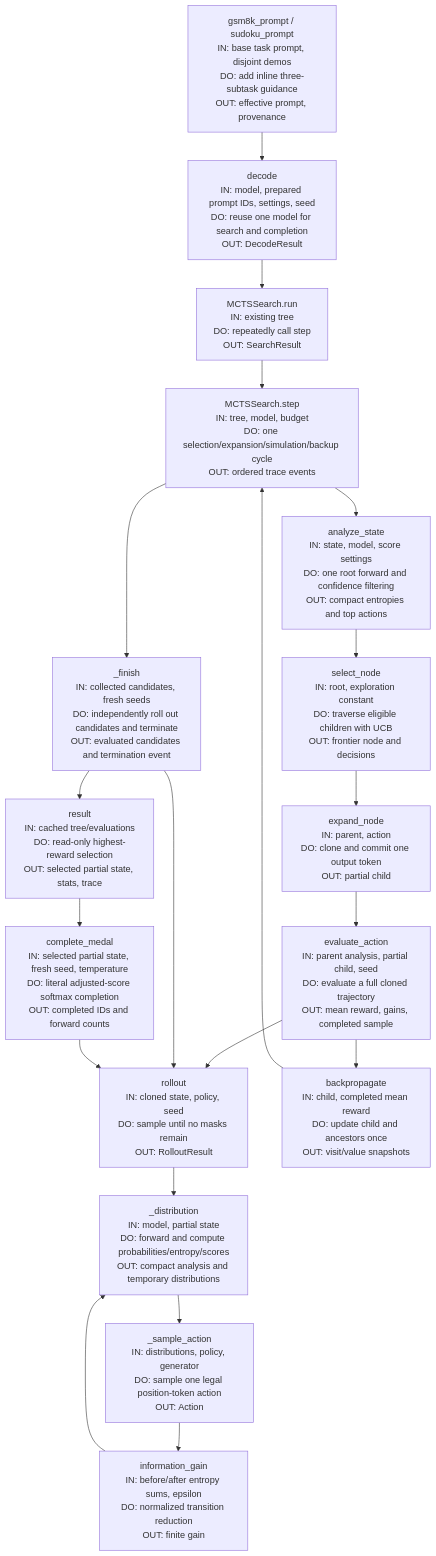
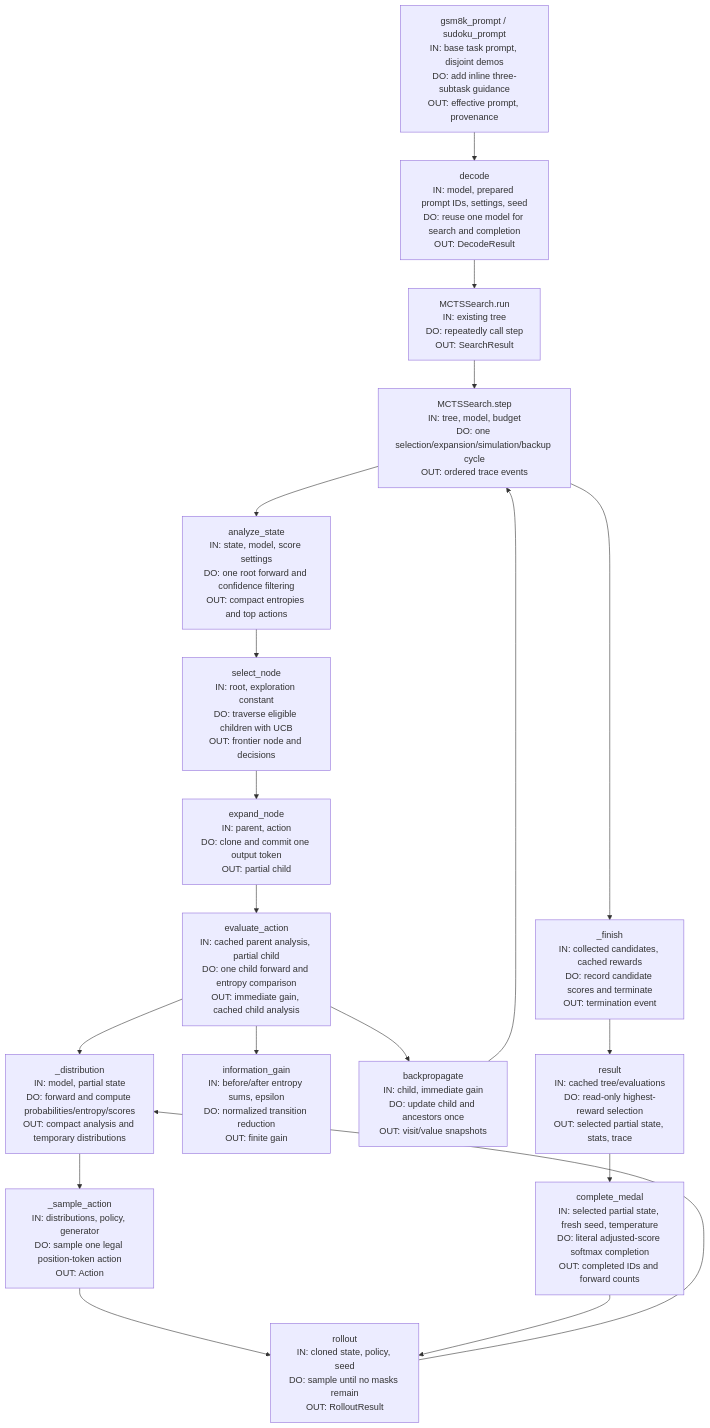
The diagram in docs/mcts_walkthrough.md (CooL-Legend/CSCI544-DLM), drawn with Mermaid before and after one commit. The commit also changed other lines of this file and 22 other files, not shown here.

````diff
--- a/docs/mcts_walkthrough.md
+++ b/docs/mcts_walkthrough.md
@@ -25,26 +25,27 @@
 ```mermaid
 flowchart TD
     P["gsm8k_prompt / sudoku_prompt<br/>IN: base task prompt, disjoint demos<br/>DO: add inline three-subtask guidance<br/>OUT: effective prompt, provenance"]
     D["decode<br/>IN: model, prepared prompt IDs, settings, seed<br/>DO: reuse one model for search and completion<br/>OUT: DecodeResult"]
     R["MCTSSearch.run<br/>IN: existing tree<br/>DO: repeatedly call step<br/>OUT: SearchResult"]
     S["MCTSSearch.step<br/>IN: tree, model, budget<br/>DO: one selection/expansion/simulation/backup cycle<br/>OUT: ordered trace events"]
     A["analyze_state<br/>IN: state, model, score settings<br/>DO: one root forward and confidence filtering<br/>OUT: compact entropies and top actions"]
     U["select_node<br/>IN: root, exploration constant<br/>DO: traverse eligible children with UCB<br/>OUT: frontier node and decisions"]
     E["expand_node<br/>IN: parent, action<br/>DO: clone and commit one output token<br/>OUT: partial child"]
-    V["evaluate_action<br/>IN: parent analysis, partial child, seed<br/>DO: evaluate a full cloned trajectory<br/>OUT: mean reward, gains, completed sample"]
+    V["evaluate_action<br/>IN: cached parent analysis, partial child<br/>DO: one child forward and entropy comparison<br/>OUT: immediate gain, cached child analysis"]
     L["rollout<br/>IN: cloned state, policy, seed<br/>DO: sample until no masks remain<br/>OUT: RolloutResult"]
     F["_distribution<br/>IN: model, partial state<br/>DO: forward and compute probabilities/entropy/scores<br/>OUT: compact analysis and temporary distributions"]
     T["_sample_action<br/>IN: distributions, policy, generator<br/>DO: sample one legal position-token action<br/>OUT: Action"]
     G["information_gain<br/>IN: before/after entropy sums, epsilon<br/>DO: normalized transition reduction<br/>OUT: finite gain"]
-    B["backpropagate<br/>IN: child, completed mean reward<br/>DO: update child and ancestors once<br/>OUT: visit/value snapshots"]
-    C["_finish<br/>IN: collected candidates, fresh seeds<br/>DO: independently roll out candidates and terminate<br/>OUT: evaluated candidates and termination event"]
+    B["backpropagate<br/>IN: child, immediate gain<br/>DO: update child and ancestors once<br/>OUT: visit/value snapshots"]
+    C["_finish<br/>IN: collected candidates, cached rewards<br/>DO: record candidate scores and terminate<br/>OUT: termination event"]
     Q["result<br/>IN: cached tree/evaluations<br/>DO: read-only highest-reward selection<br/>OUT: selected partial state, stats, trace"]
     M["complete_medal<br/>IN: selected partial state, fresh seed, temperature<br/>DO: literal adjusted-score softmax completion<br/>OUT: completed IDs and forward counts"]
     P --> D --> R --> S
-    S --> A --> U --> E --> V --> L
-    L --> F --> T --> G
-    G --> F
+    S --> A --> U --> E --> V
+    V --> F
+    V --> G
+    L --> F --> T --> L
     V --> B --> S
-    S --> C --> L
+    S --> C
     C --> Q --> M --> L
 ```
````
